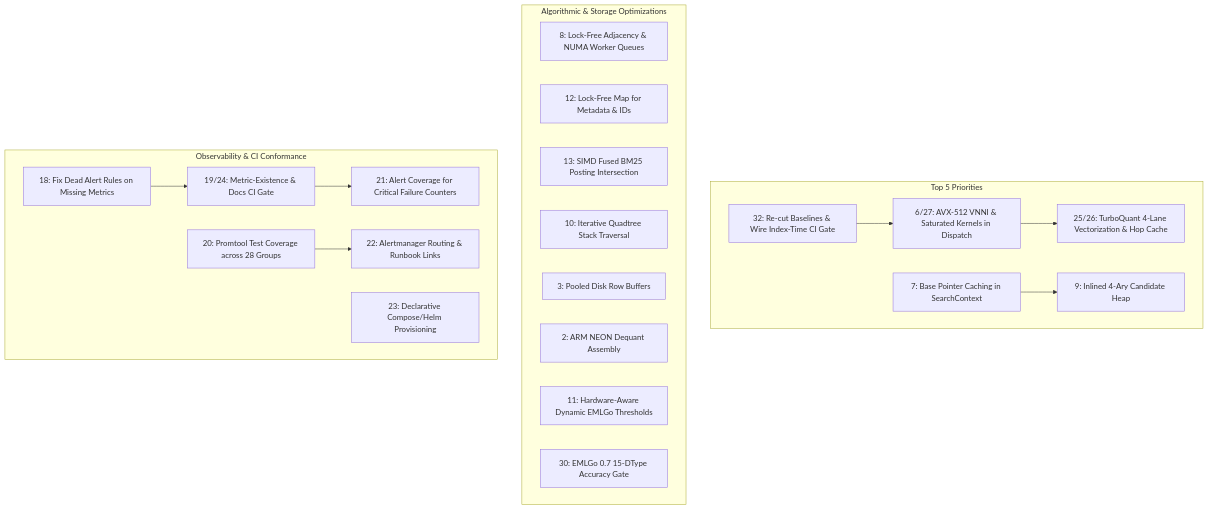
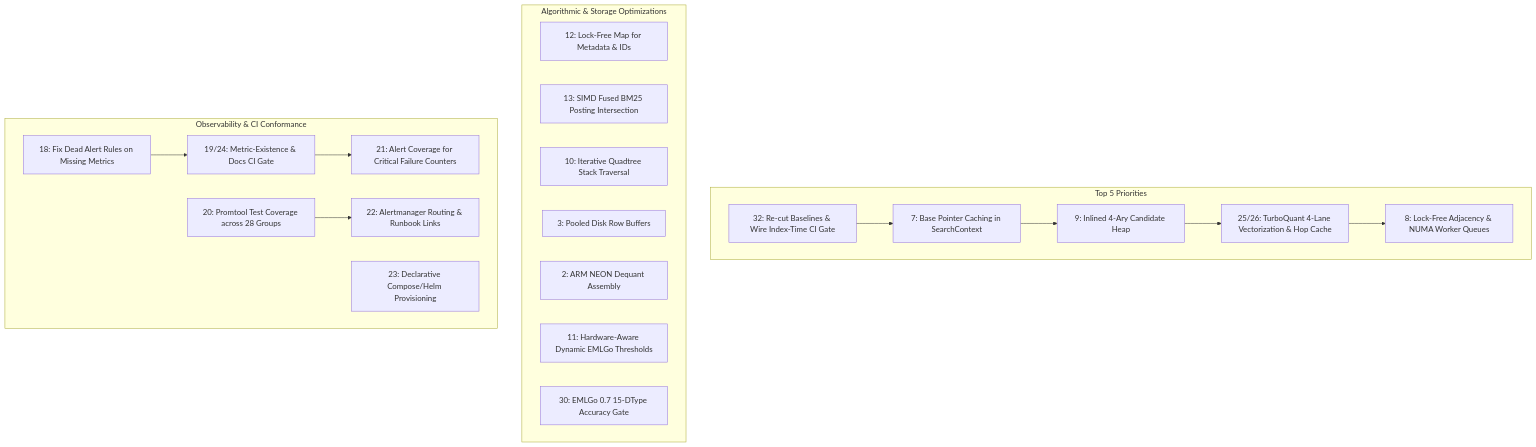
The diagram in docs/roadmap.md (23skdu/longbow), drawn with Mermaid before and after one commit. The commit also changed other lines of this file and 11 other files, not shown here.

Commit message:
feat(simd): wire native AVX-512 and VNNI (VPDPBUSD) int8/uint8 kernels in dispatch (Item 6 & 27)

````diff
--- a/docs/roadmap.md
+++ b/docs/roadmap.md
@@ -18,35 +18,35 @@
 ```mermaid
 graph TD
     subgraph P1["Top 5 Priorities"]
         I32["32: Re-cut Baselines & Wire Index-Time CI Gate"]
-        I6["6/27: AVX-512 VNNI & Saturated Kernels in Dispatch"]
         I7["7: Base Pointer Caching in SearchContext"]
         I25["25/26: TurboQuant 4-Lane Vectorization & Hop Cache"]
         I9["9: Inlined 4-Ary Candidate Heap"]
+        I8["8: Lock-Free Adjacency & NUMA Worker Queues"]
     end
     subgraph P2["Algorithmic & Storage Optimizations"]
-        I8["8: Lock-Free Adjacency & NUMA Worker Queues"]
         I12["12: Lock-Free Map for Metadata & IDs"]
         I13["13: SIMD Fused BM25 Posting Intersection"]
         I10["10: Iterative Quadtree Stack Traversal"]
         I3["3: Pooled Disk Row Buffers"]
         I2["2: ARM NEON Dequant Assembly"]
         I11["11: Hardware-Aware Dynamic EMLGo Thresholds"]
         I30["30: EMLGo 0.7 15-DType Accuracy Gate"]
     end
     subgraph P3["Observability & CI Conformance"]
         I18["18: Fix Dead Alert Rules on Missing Metrics"]
         I19["19/24: Metric-Existence & Docs CI Gate"]
         I21["21: Alert Coverage for Critical Failure Counters"]
         I20["20: Promtool Test Coverage across 28 Groups"]
         I22["22: Alertmanager Routing & Runbook Links"]
         I23["23: Declarative Compose/Helm Provisioning"]
     end
 
-    I32 --> I6
-    I6 --> I25
+    I32 --> I7
     I7 --> I9
+    I9 --> I25
+    I25 --> I8
     I18 --> I19
     I19 --> I21
     I20 --> I22
 ```
````
